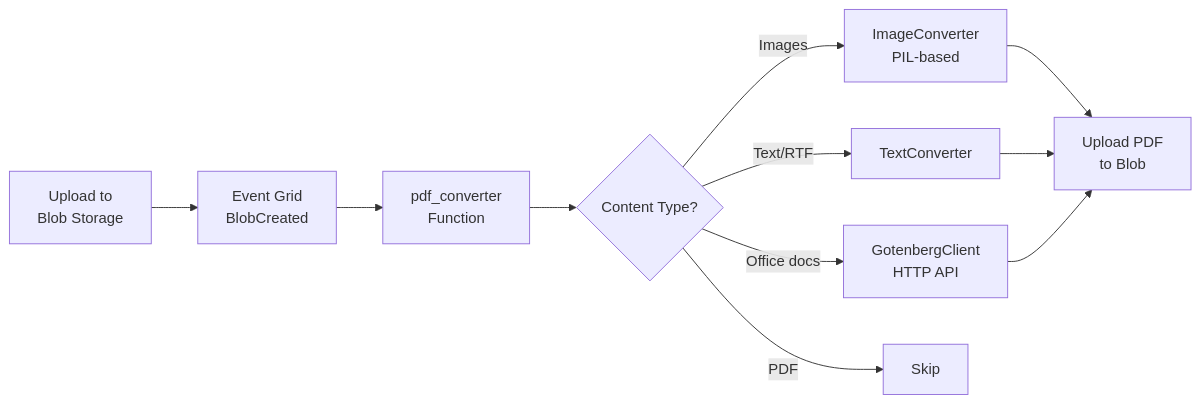
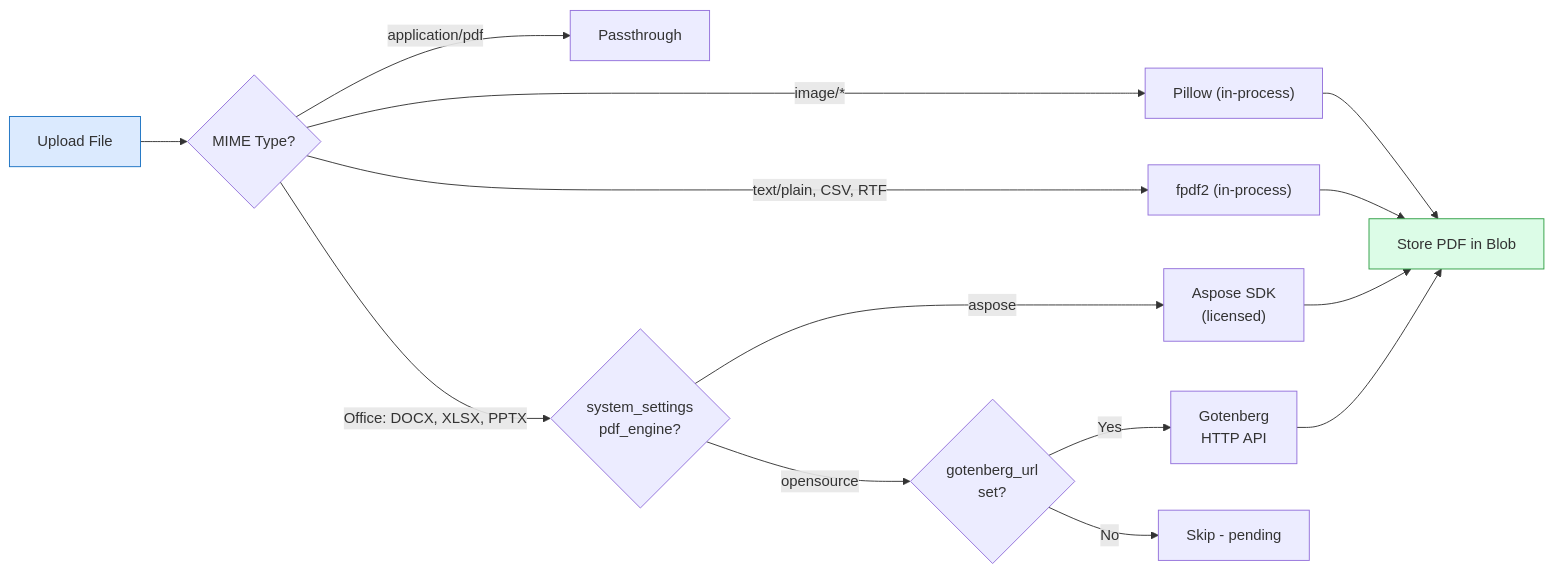
Before and after one commit to fgarofalo56/ucm-azure-native-demo: the diagram in docs/guides/developer-guide.md, drawn with Mermaid. The commit also changed other lines of this file and 6 other files, not shown here.

First line of the commit message:
docs: add comprehensive Mermaid diagrams across all architecture and guide docs

````diff
--- a/docs/guides/developer-guide.md
+++ b/docs/guides/developer-guide.md
@@ -473,13 +475,19 @@
 ```mermaid
 flowchart LR
-    A[Upload to<br/>Blob Storage] --> B[Event Grid<br/>BlobCreated]
-    B --> C[pdf_converter<br/>Function]
-    C --> D{Content Type?}
-    D -->|Images| E[ImageConverter<br/>PIL-based]
-    D -->|Text/RTF| F[TextConverter]
-    D -->|Office docs| G[GotenbergClient<br/>HTTP API]
-    D -->|PDF| H[Skip]
-    E --> I[Upload PDF<br/>to Blob]
-    F --> I
-    G --> I
+    A[Upload File] --> B{MIME Type?}
+    B -->|application/pdf| C[Passthrough]
+    B -->|image/*| D["Pillow (in-process)"]
+    B -->|text/plain, CSV, RTF| E["fpdf2 (in-process)"]
+    B -->|Office: DOCX, XLSX, PPTX| F{system_settings<br/>pdf_engine?}
+    F -->|aspose| G["Aspose SDK<br/>(licensed)"]
+    F -->|opensource| H{gotenberg_url<br/>set?}
+    H -->|Yes| I["Gotenberg<br/>HTTP API"]
+    H -->|No| J[Skip - pending]
+    D --> K[Store PDF in Blob]
+    E --> K
+    G --> K
+    I --> K
+
+    style A fill:#dbeafe,stroke:#1971c2
+    style K fill:#dcfce7,stroke:#2f9e44
 ```
````
